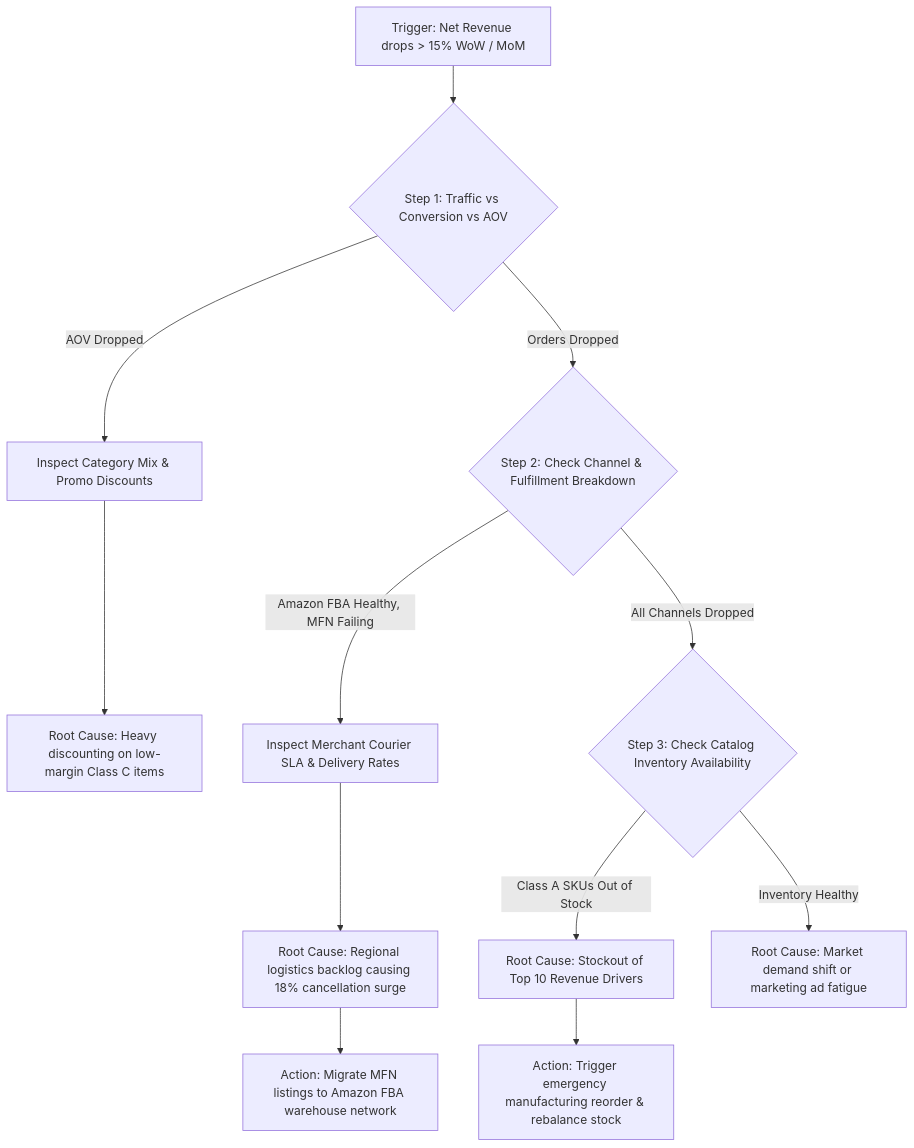
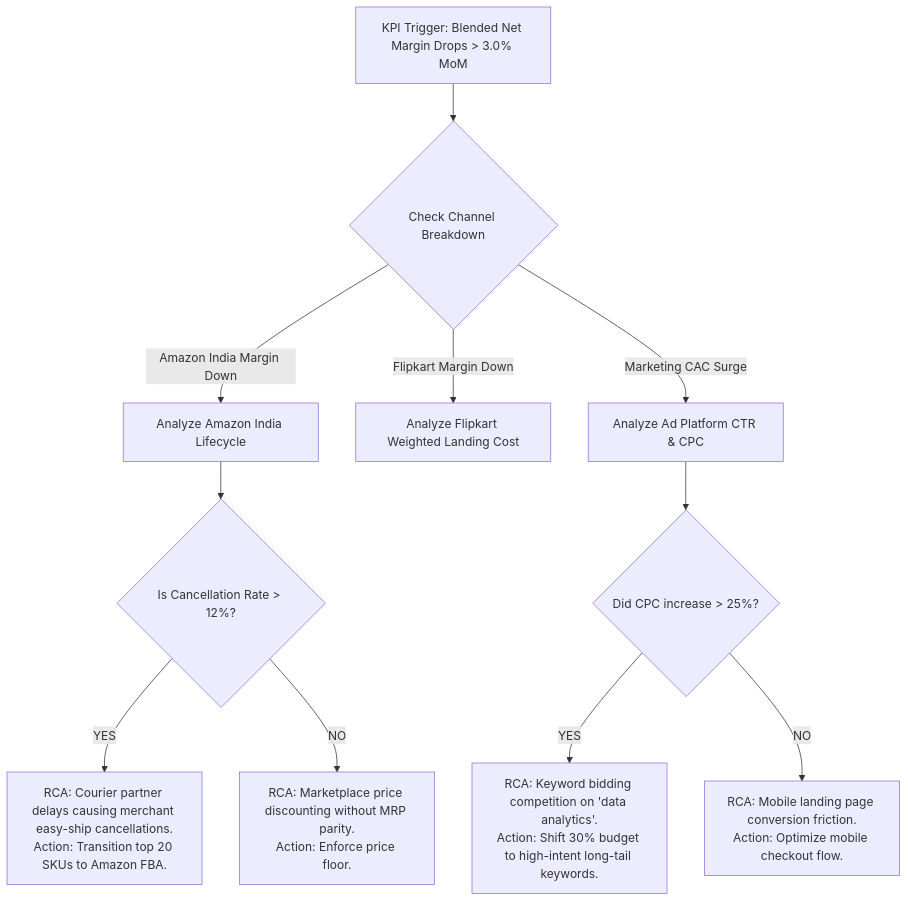
One commit to HU8Trader/HiLyst_UnifiedCommerceDW changed the third of 3 diagrams in docs/06_FUTURE_ARCHITECTURE_AND_AI_READINESS.md. Above: the diagram before and after it, drawn with Mermaid. The commit also changed other lines of this file and 106 other files, not shown here.

````diff
--- a/docs/06_FUTURE_ARCHITECTURE_AND_AI_READINESS.md
+++ b/docs/06_FUTURE_ARCHITECTURE_AND_AI_READINESS.md
@@ -104,20 +97,17 @@
 ```mermaid
-graph TD
- A["Trigger: Net Revenue drops > 15% WoW / MoM"] --> B{"Step 1: Traffic vs Conversion vs AOV"}
- 
- B -->|AOV Dropped| C1["Inspect Category Mix & Promo Discounts"]
- B -->|Orders Dropped| C2{"Step 2: Check Channel & Fulfillment Breakdown"}
- 
- C1 --> D1["Root Cause: Heavy discounting on low-margin Class C items"]
- 
- C2 -->|Amazon FBA Healthy, MFN Failing| E1["Inspect Merchant Courier SLA & Delivery Rates"]
- C2 -->|All Channels Dropped| E2{"Step 3: Check Catalog Inventory Availability"}
- 
- E1 --> F1["Root Cause: Regional logistics backlog causing 18% cancellation surge"]
- 
- E2 -->|Class A SKUs Out of Stock| G1["Root Cause: Stockout of Top 10 Revenue Drivers"]
- E2 -->|Inventory Healthy| G2["Root Cause: Market demand shift or marketing ad fatigue"]
- 
- G1 --> H1["Action: Trigger emergency manufacturing reorder & rebalance stock"]
- F1 --> H2["Action: Migrate MFN listings to Amazon FBA warehouse network"]
+flowchart TD
+    Trigger["KPI Trigger: Blended Net Margin Drops > 3.0% MoM"]
+    Trigger --> Step1{"Check Channel Breakdown"}
+    
+    Step1 -->|Amazon India Margin Down| CheckAmz["Analyze Amazon India Lifecycle"]
+    Step1 -->|Flipkart Margin Down| CheckFK["Analyze Flipkart Weighted Landing Cost"]
+    Step1 -->|Marketing CAC Surge| CheckMkt["Analyze Ad Platform CTR & CPC"]
+
+    CheckAmz --> AmzCheck{"Is Cancellation Rate > 12%?"}
+    AmzCheck -->|YES| RCA_AmzCancel["RCA: Courier partner delays causing merchant easy-ship cancellations.<br/>Action: Transition top 20 SKUs to Amazon FBA."]
+    AmzCheck -->|NO| RCA_AmzPrice["RCA: Marketplace price discounting without MRP parity.<br/>Action: Enforce price floor."]
+
+    CheckMkt --> MktCheck{"Did CPC increase > 25%?"}
+    MktCheck -->|YES| RCA_BidWar["RCA: Keyword bidding competition on 'data analytics'.<br/>Action: Shift 30% budget to high-intent long-tail keywords."]
+    MktCheck -->|NO| RCA_LowCR["RCA: Mobile landing page conversion friction.<br/>Action: Optimize mobile checkout flow."]
 ```
````
